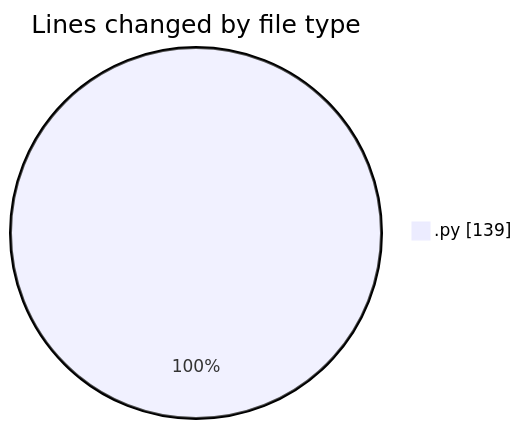
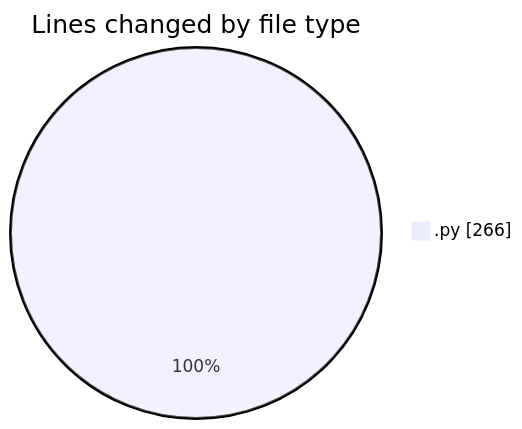
The first of 2 diagrams in 2025-07-02/cursor/README.md (FelipKnott/code-tracking), drawn with Mermaid before and after one commit. The commit also changed other lines of this file and 1 other file, not shown here.

````diff
--- a/2025-07-02/cursor/README.md
+++ b/2025-07-02/cursor/README.md
@@ -21,5 +22,5 @@
 ```mermaid
 pie showData
 title Lines changed by file type
-".py" : 139
+".py" : 266
 ```
````
